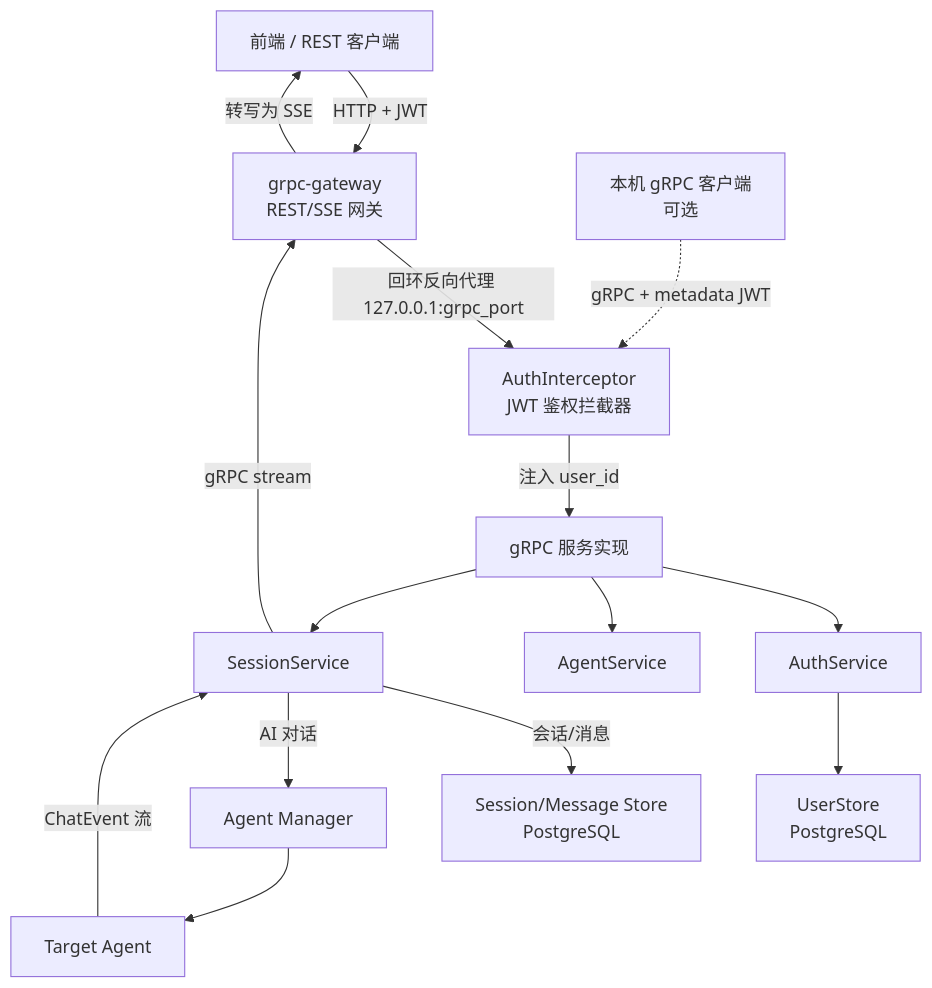
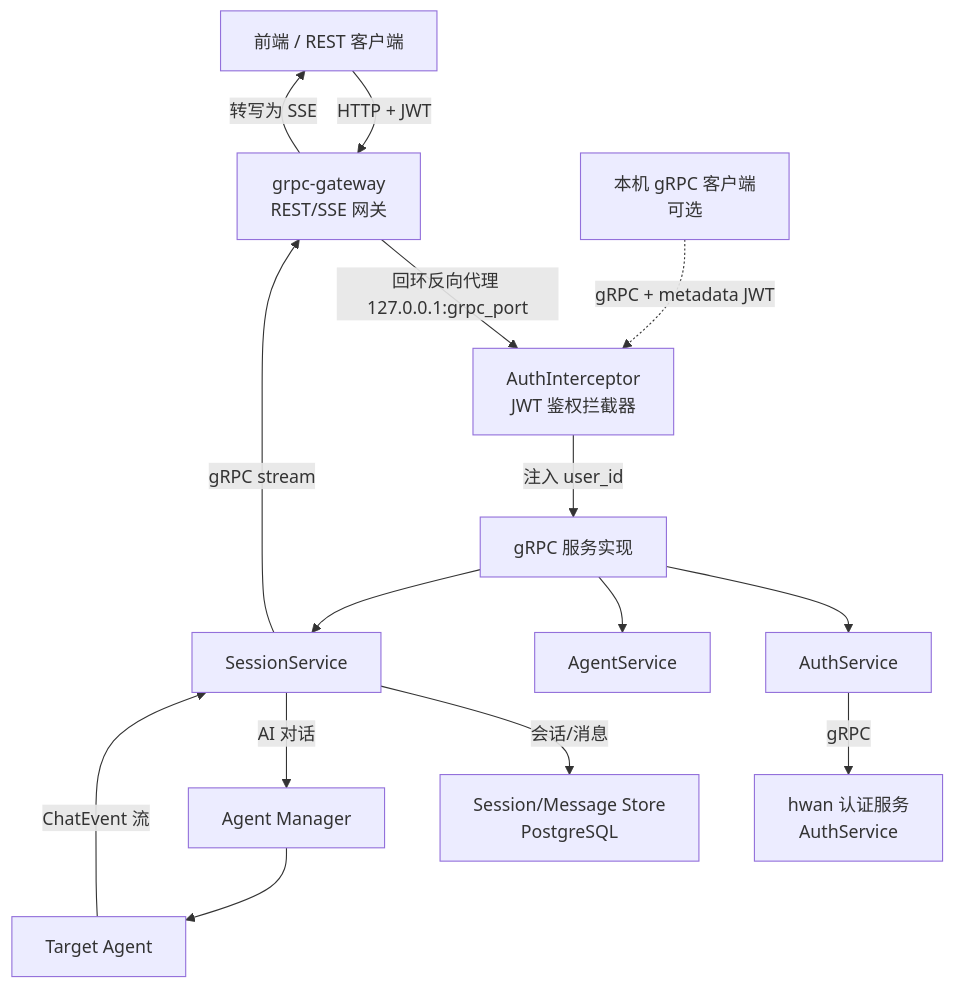
Before and after one commit to hwanyan/agently: the second of 5 diagrams in README.md, drawn with Mermaid. The commit also changed other lines of this file and 25 other files, not shown here.

````diff
--- a/README.md
+++ b/README.md
@@ -453,17 +446,17 @@
 ```mermaid
 graph TD
     FE[前端 / REST 客户端] --> |HTTP + JWT| GW[grpc-gateway<br/>REST/SSE 网关]
     GW --> |回环反向代理 127.0.0.1:grpc_port| INT[AuthInterceptor<br/>JWT 鉴权拦截器]
     LC[本机 gRPC 客户端<br/>可选] -.-> |gRPC + metadata JWT| INT
     INT --> |注入 user_id| SVC[gRPC 服务实现]
     SVC --> AS2[AuthService]
     SVC --> AGS[AgentService]
     SVC --> SES[SessionService]
-    AS2 --> US[UserStore<br/>PostgreSQL]
+    AS2 --> |gRPC| US[hwan 认证服务<br/>AuthService]
     SES --> |会话/消息| SS[Session/Message Store<br/>PostgreSQL]
     SES --> |AI 对话| AM2[Agent Manager]
     AM2 --> AG2[Target Agent]
     AG2 --> |ChatEvent 流| SES
     SES --> |gRPC stream| GW
     GW --> |转写为 SSE| FE
 ```
````
